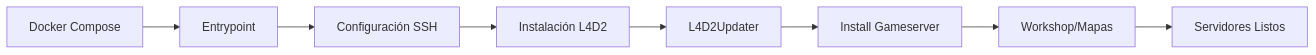
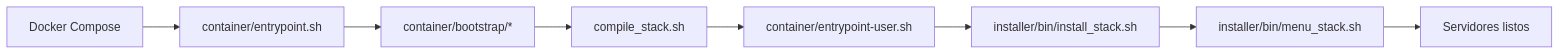
One commit to AoC-Gamers/Docker-L4D2-Competitive changed the diagram in README.md. Above: the diagram before and after it, drawn with Mermaid. The commit also changed other lines of this file and 46 other files, not shown here.

````diff
--- a/README.md
+++ b/README.md
@@ -57,10 +47,10 @@
 ```mermaid
 graph LR
-    A[Docker Compose] --> B[Entrypoint]
-    B --> C[Configuración SSH]
-    C --> D[Instalación L4D2]
-    D --> E[L4D2Updater]
-    E --> F[Install Gameserver]
-    F --> G[Workshop/Mapas]
-    G --> H[Servidores Listos]
+    A[Docker Compose] --> B[container/entrypoint.sh]
+    B --> C[container/bootstrap/*]
+    C --> D[compile_stack.sh]
+    D --> E[container/entrypoint-user.sh]
+    E --> F[installer/bin/install_stack.sh]
+    F --> G[installer/bin/menu_stack.sh]
+    G --> H[Servidores listos]
 ```
````
